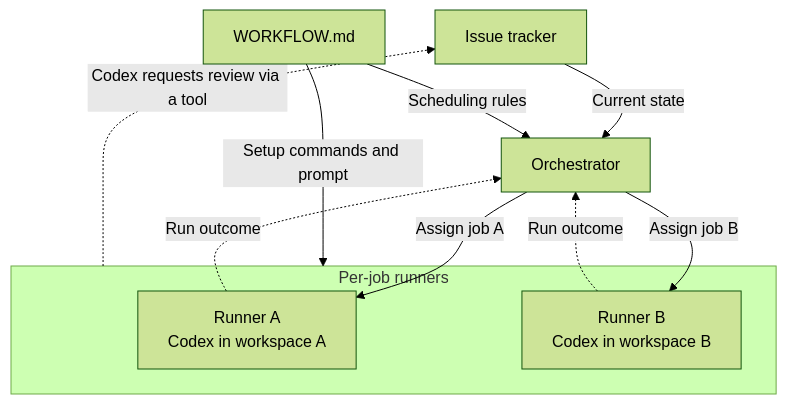
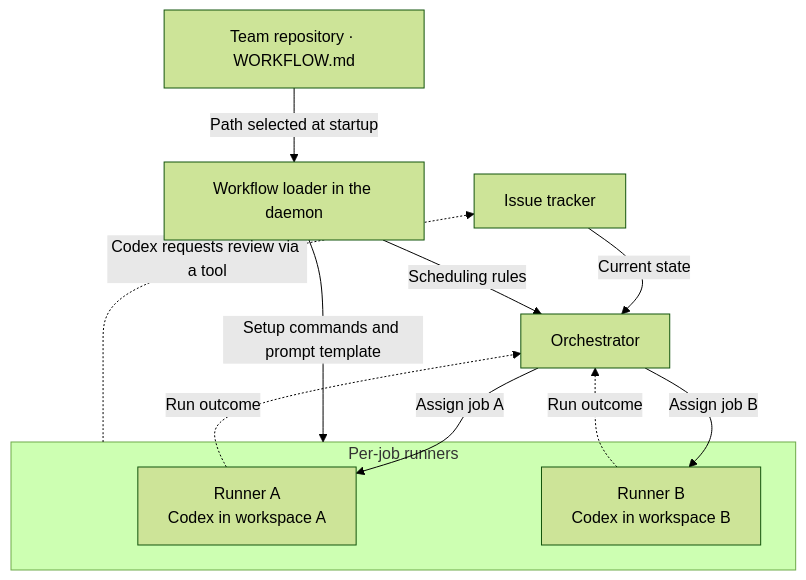
Before and after one commit to haandol/haandol.github.com: the first of 3 diagrams in _en/2026-11-24-openai-symphony-issue-workflow.md, drawn with Mermaid (forest theme). The commit also changed other lines of this file and 2 other files, not shown here.

Commit message:
docs: explain Symphony workflow loading and production operations

````diff
--- a/_en/2026-11-24-openai-symphony-issue-workflow.md
+++ b/_en/2026-11-24-openai-symphony-issue-workflow.md
@@ -49,15 +53,16 @@
 ```mermaid
 flowchart TD
     T["Issue tracker"] -->|"Current state"| O["Orchestrator"]
-    W["WORKFLOW.md"] -->|"Scheduling rules"| O
+    W["Team repository · WORKFLOW.md"] -->|"Path selected at startup"| L["Workflow loader in the daemon"]
+    L -->|"Scheduling rules"| O
     subgraph R["Per-job runners"]
         A["Runner A<br/>Codex in workspace A"]
         B["Runner B<br/>Codex in workspace B"]
     end
-    W -->|"Setup commands and prompt"| R
+    L -->|"Setup commands and prompt template"| R
     O -->|"Assign job A"| A
     O -->|"Assign job B"| B
     A -.->|"Run outcome"| O
     B -.->|"Run outcome"| O
     R -.->|"Codex requests review via a tool"| T
 ```
````
